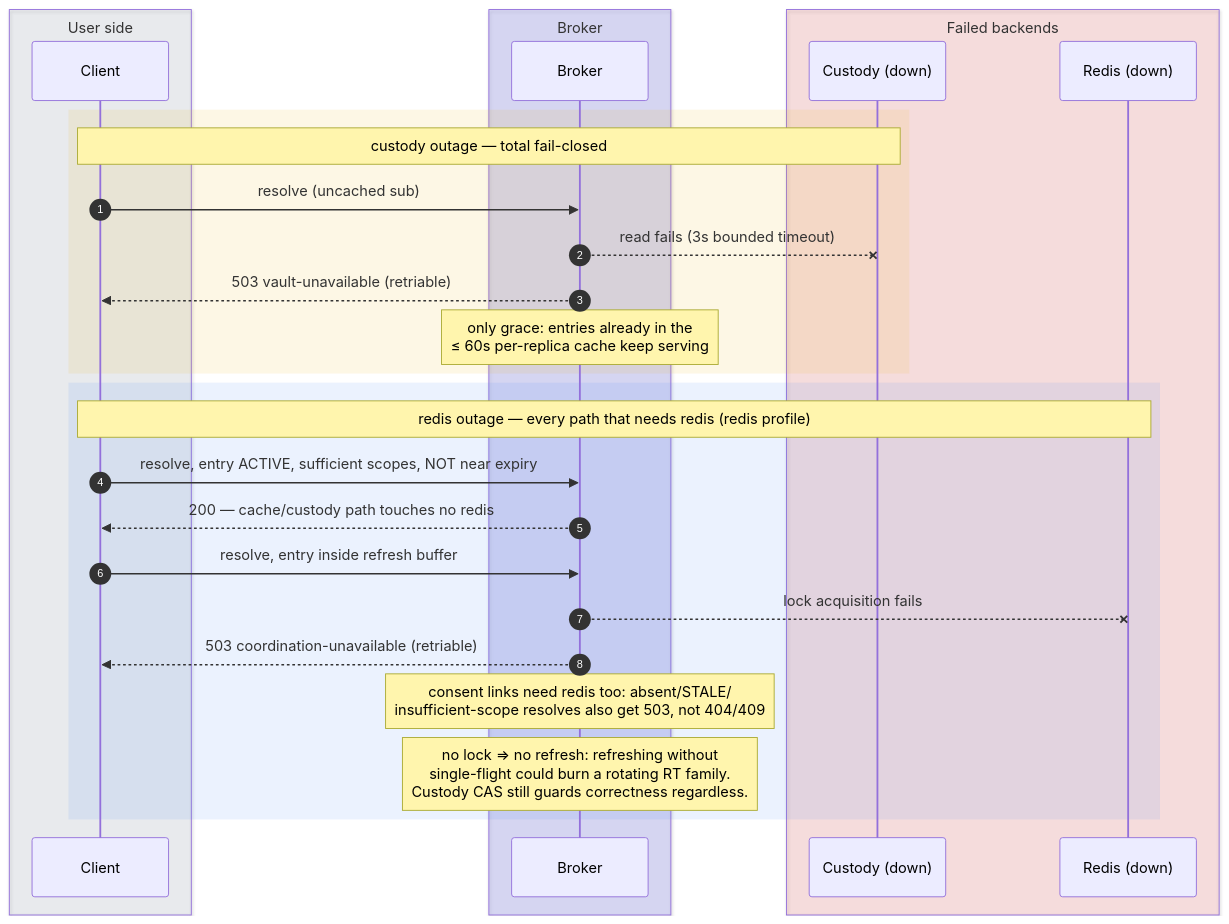
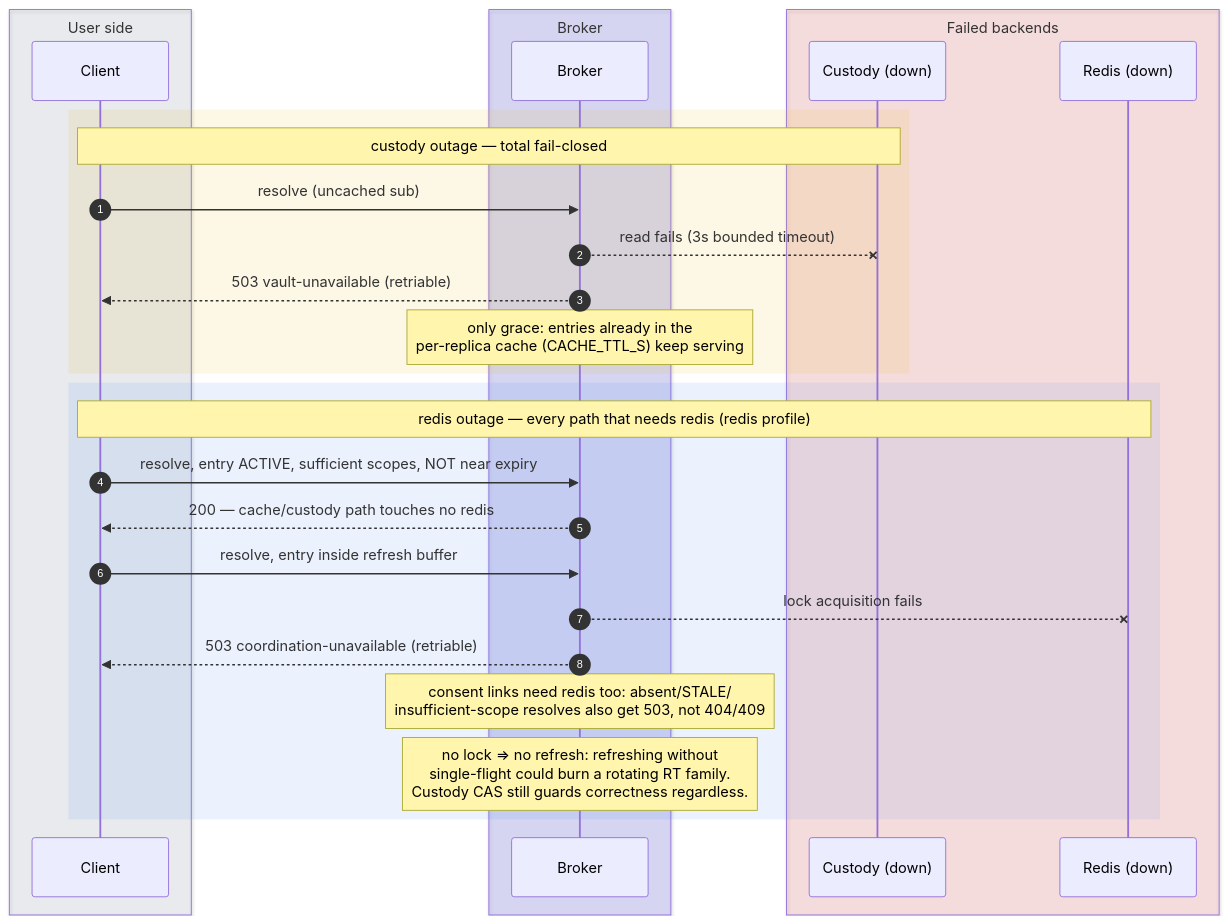
One commit to chief-builder/vendor-token-broker changed the tenth of 10 diagrams in docs/token-lifecycle.md. Above: the diagram before and after it, drawn with Mermaid. The commit also changed 13 other files, not shown here.

````diff
--- a/docs/token-lifecycle.md
+++ b/docs/token-lifecycle.md
@@ -441,33 +441,33 @@
 ```mermaid
 sequenceDiagram
     autonumber
     box rgba(148,163,184,0.14) User side
         participant C as Client
     end
     box rgba(99,102,241,0.20) Broker
         participant B as Broker
     end
     box rgba(239,68,68,0.14) Failed backends
         participant K as Custody (down)
         participant R as Redis (down)
     end
 
     rect rgba(234,179,8,0.10)
         Note over C,K: custody outage — total fail-closed
         C->>B: resolve (uncached sub)
         B--xK: read fails (3s bounded timeout)
         B-->>C: 503 vault-unavailable (retriable)
-        Note over B: only grace: entries already in the<br/>≤ 60s per-replica cache keep serving
+        Note over B: only grace: entries already in the<br/>per-replica cache (CACHE_TTL_S) keep serving
     end
 
     rect rgba(59,130,246,0.10)
         Note over C,R: redis outage — every path that needs redis (redis profile)
         C->>B: resolve, entry ACTIVE, sufficient scopes, NOT near expiry
         B-->>C: 200 — cache/custody path touches no redis
         C->>B: resolve, entry inside refresh buffer
         B--xR: lock acquisition fails
         B-->>C: 503 coordination-unavailable (retriable)
         Note over B: consent links need redis too: absent/STALE/<br/>insufficient-scope resolves also get 503, not 404/409
         Note over B: no lock ⇒ no refresh: refreshing without<br/>single-flight could burn a rotating RT family.<br/>Custody CAS still guards correctness regardless.
     end
 ```
````
